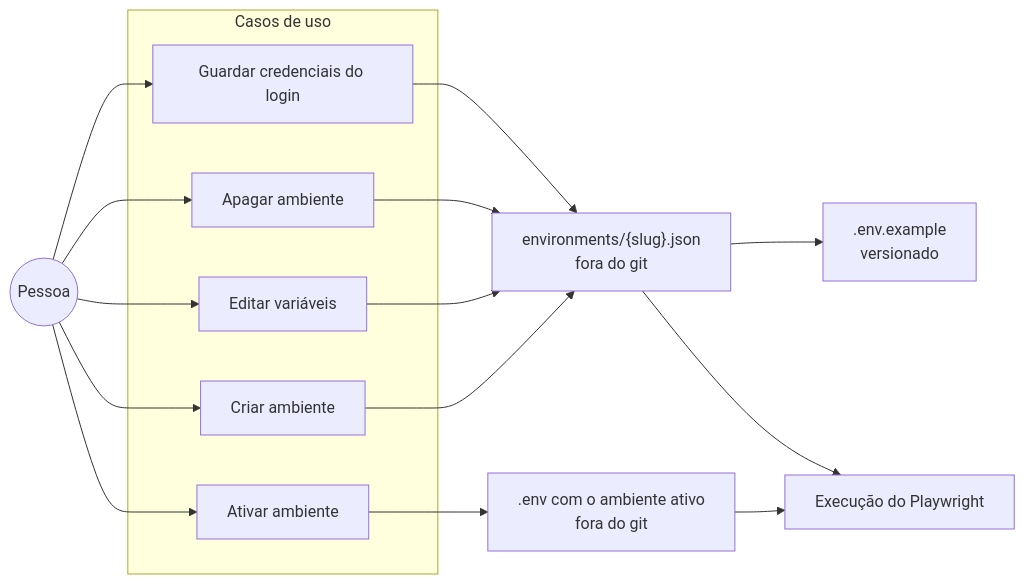
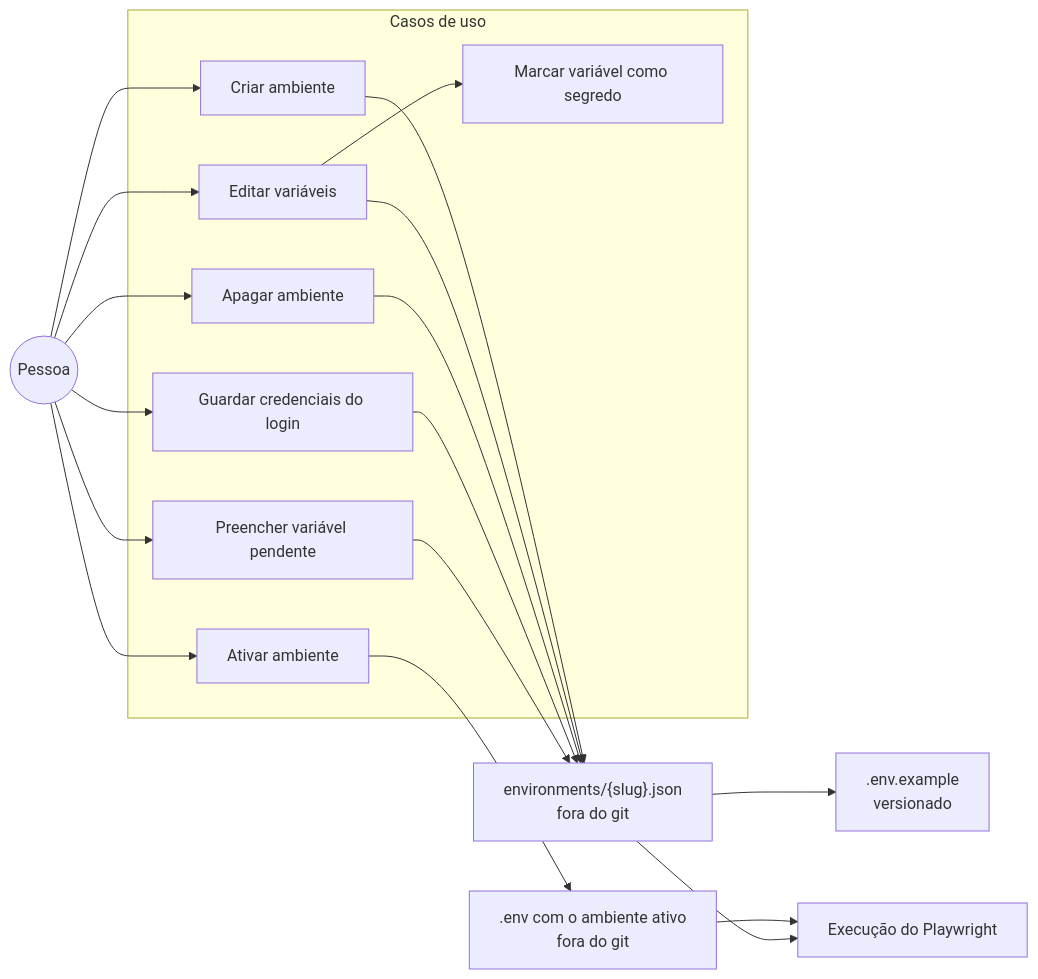
The fifth of 15 diagrams in docs/DIAGRAMS/USE-CASE-DIAGRAMS.md (KauanCalheiro/acutis), drawn with Mermaid before and after one commit. The commit also changed other lines of this file and 7 other files, not shown here.

````diff
--- a/docs/DIAGRAMS/USE-CASE-DIAGRAMS.md
+++ b/docs/DIAGRAMS/USE-CASE-DIAGRAMS.md
@@ -157,26 +238,30 @@
 ```mermaid
 flowchart LR
   P(("Pessoa"))
 
   subgraph Casos de uso
     N["Criar ambiente"]
     E["Editar variáveis"]
+    SE["Marcar variável como segredo"]
     A["Ativar ambiente"]
     D["Apagar ambiente"]
     C["Guardar credenciais do login"]
+    PD["Preencher variável pendente"]
   end
 
   V["environments/{slug}.json<br/>fora do git"]
   ENV[".env com o ambiente ativo<br/>fora do git"]
   EX[".env.example<br/>versionado"]
   RUN["Execução do Playwright"]
 
   P --> N --> V
   P --> E --> V
+  E --> SE
   P --> D --> V
   P --> A --> ENV
   P --> C --> V
+  P --> PD --> V
   V --> EX
   ENV --> RUN
   V --> RUN
 ```
````
